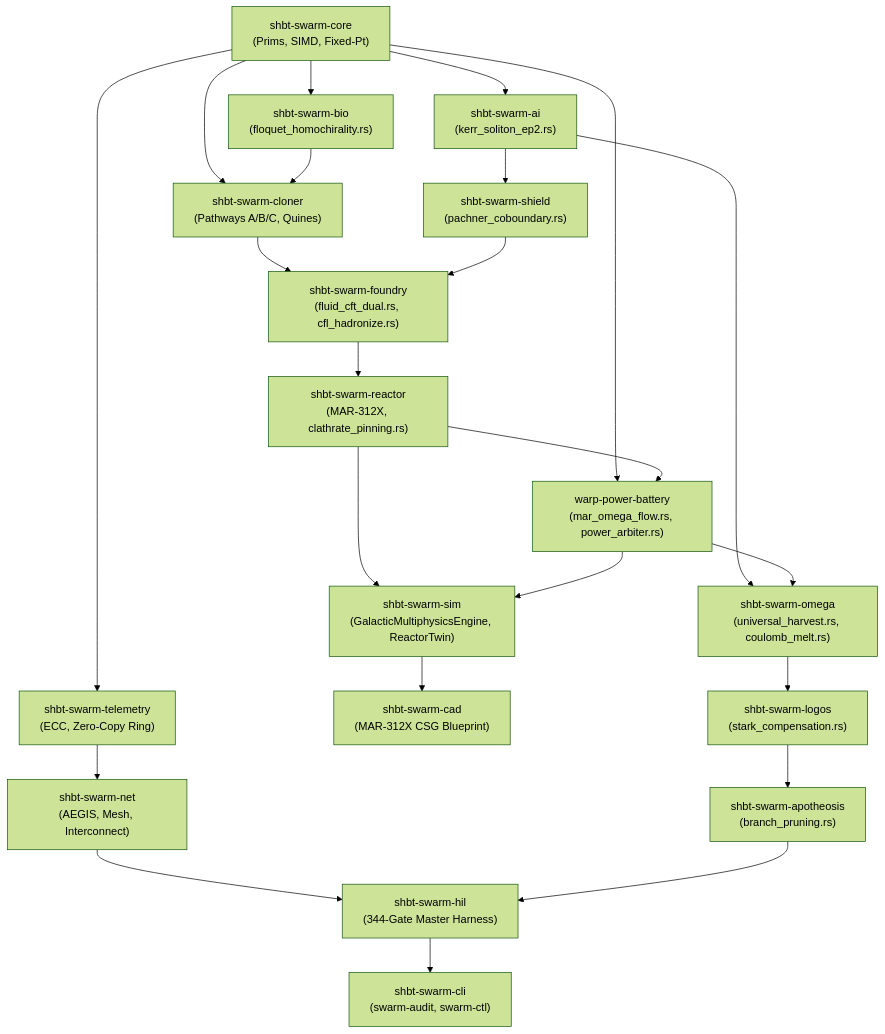
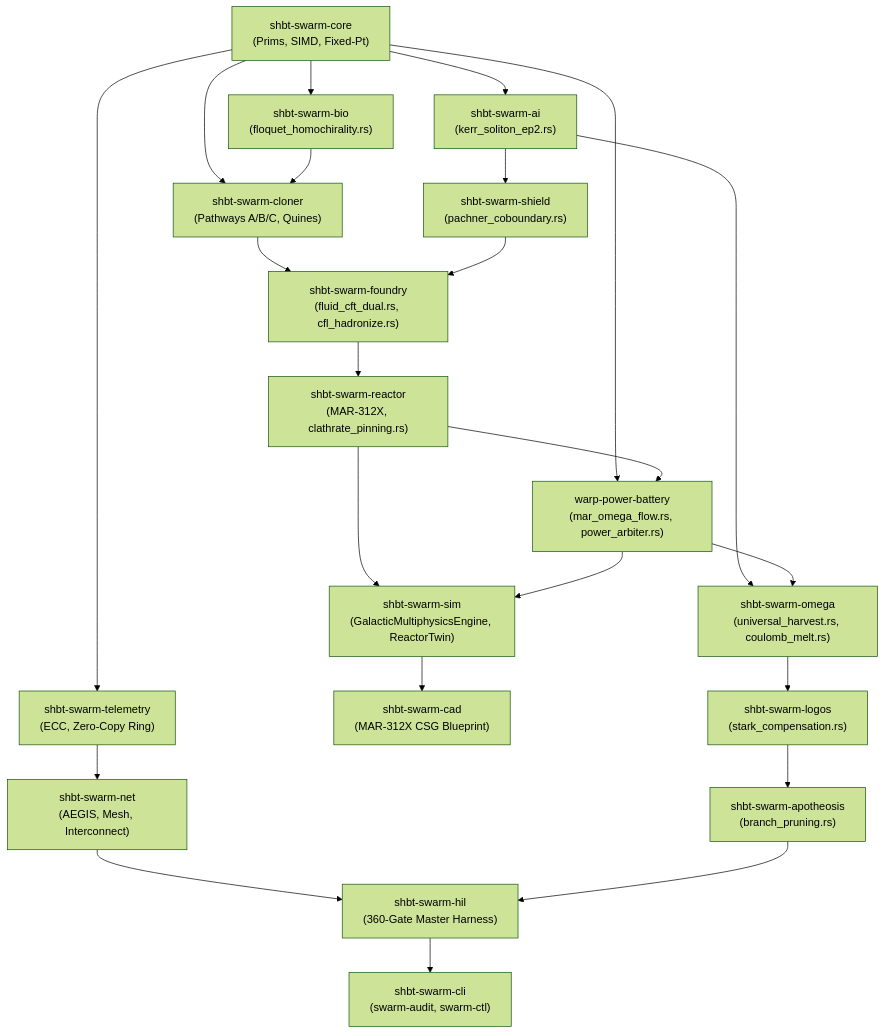
One commit to sys1own/shbt-swarm changed the diagram in ARCHITECTURE.md. Above: the diagram before and after it, drawn with Mermaid (forest theme). The commit also changed other lines of this file and 31 other files, not shown here.

Commit message:
feat(omega-harvest): complete continuous-flow MAR-OMEGA RMHD divertor, 346-slot Lindblad unspooling, pasta decompression, 710 GW condensation fracton shunt & hexamer consensus (360 gates PASS, 105 Z3 UNSAT, ABI v13.0)

````diff
--- a/ARCHITECTURE.md
+++ b/ARCHITECTURE.md
@@ -109,43 +109,43 @@
 ```mermaid
 graph TD
     CORE["shbt-swarm-core<br/>(Prims, SIMD, Fixed-Pt)"]
     BIO["shbt-swarm-bio<br/>(floquet_homochirality.rs)"]
     CLONER["shbt-swarm-cloner<br/>(Pathways A/B/C, Quines)"]
     AI["shbt-swarm-ai<br/>(kerr_soliton_ep2.rs)"]
     SHIELD["shbt-swarm-shield<br/>(pachner_coboundary.rs)"]
     FOUNDRY["shbt-swarm-foundry<br/>(fluid_cft_dual.rs, cfl_hadronize.rs)"]
     REACTOR["shbt-swarm-reactor<br/>(MAR-312X, clathrate_pinning.rs)"]
     WPB["warp-power-battery<br/>(mar_omega_flow.rs, power_arbiter.rs)"]
     OMEGA["shbt-swarm-omega<br/>(universal_harvest.rs, coulomb_melt.rs)"]
     LOGOS["shbt-swarm-logos<br/>(stark_compensation.rs)"]
     APOTH["shbt-swarm-apotheosis<br/>(branch_pruning.rs)"]
     SIM["shbt-swarm-sim<br/>(GalacticMultiphysicsEngine, ReactorTwin)"]
     CAD["shbt-swarm-cad<br/>(MAR-312X CSG Blueprint)"]
     TELEMETRY["shbt-swarm-telemetry<br/>(ECC, Zero-Copy Ring)"]
     NET["shbt-swarm-net<br/>(AEGIS, Mesh, Interconnect)"]
-    HIL["shbt-swarm-hil<br/>(344-Gate Master Harness)"]
+    HIL["shbt-swarm-hil<br/>(360-Gate Master Harness)"]
     CLI["shbt-swarm-cli<br/>(swarm-audit, swarm-ctl)"]
 
     CORE --> BIO
     CORE --> CLONER
     CORE --> AI
     CORE --> TELEMETRY
     CORE --> WPB
     BIO --> CLONER
     CLONER --> FOUNDRY
     AI --> SHIELD
     AI --> OMEGA
     SHIELD --> FOUNDRY
     FOUNDRY --> REACTOR
     REACTOR --> WPB
     WPB --> OMEGA
     OMEGA --> LOGOS
     LOGOS --> APOTH
     REACTOR --> SIM
     WPB --> SIM
     SIM --> CAD
     TELEMETRY --> NET
     NET --> HIL
     APOTH --> HIL
     HIL --> CLI
 ```
````
